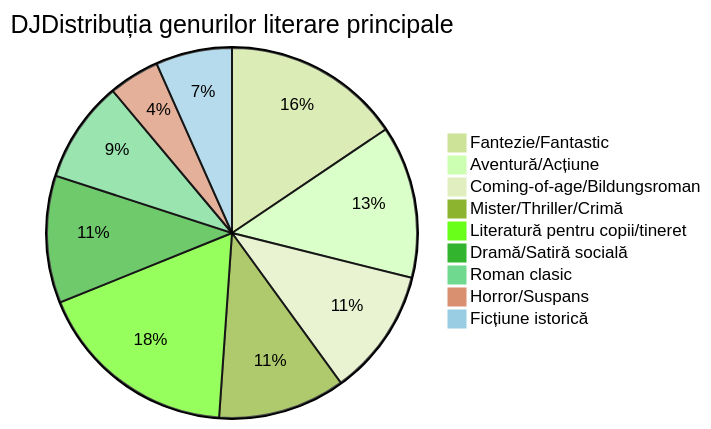
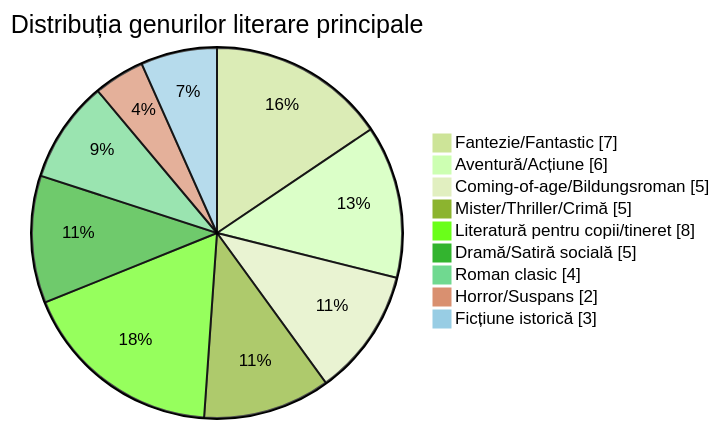
Before and after one commit to ChaCha20Poly1305/homework: the diagram in lslr-11-2024.md, drawn with Mermaid (forest theme). The commit also changed other lines of this file, not shown here.

````diff
--- a/lslr-11-2024.md
+++ b/lslr-11-2024.md
@@ -42,13 +45,13 @@
 ```mermaid
-pie
-    title DJDistribuția genurilor literare principale
+pie showData
+    title Distribuția genurilor literare principale
     "Fantezie/Fantastic" : 7
     "Aventură/Acțiune" : 6
     "Coming-of-age/Bildungsroman" : 5
     "Mister/Thriller/Crimă" : 5
     "Literatură pentru copii/tineret" : 8
     "Dramă/Satiră socială" : 5
     "Roman clasic" : 4
     "Horror/Suspans" : 2
     "Ficțiune istorică" : 3
 ```
````
